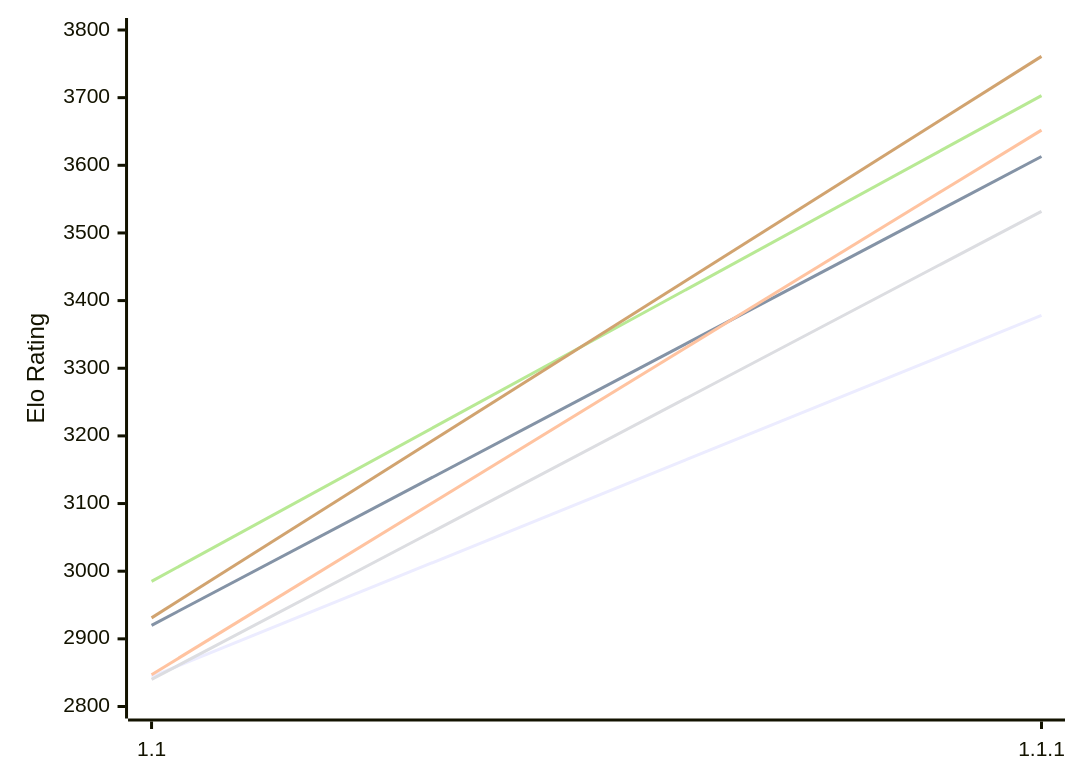
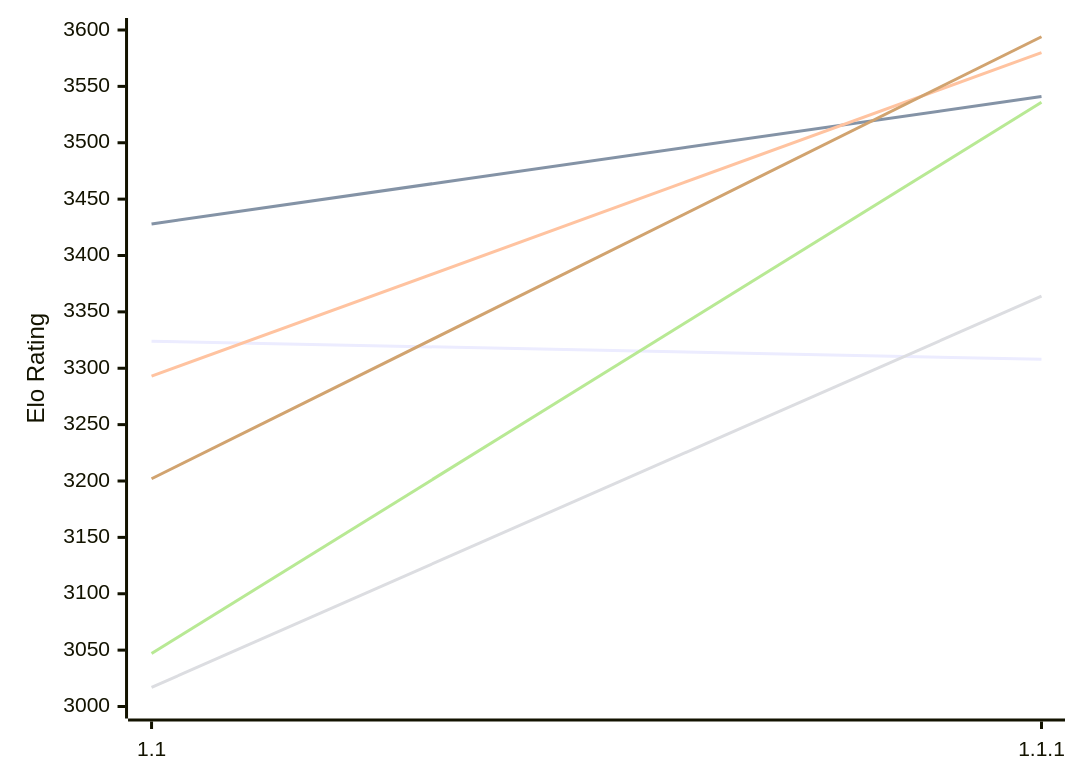
The first of 2 diagrams in engines/Icarus.md (computer-chess-index/cci), drawn with Mermaid before and after one commit. The commit also changed other lines of this file, not shown here.

Commit message:
Update CCI Ratings (ELO VLTC) - 2026-11-13

````diff
--- a/engines/Icarus.md
+++ b/engines/Icarus.md
@@ -51,12 +51,12 @@
 ```mermaid
 %%{init: {"theme":"base","themeVariables":{"seriesColors:['#a3a3a3','#222221','#faa371']}}}%%
 xychart-beta
   x-axis ["1.1", "1.1.1"]
-  y-axis "Elo Rating" 2800 --> 3800
-  line "E1: STC (8.0+0.08s)" [2844, 3378]
-  line "E1: LTC (60.0+0.60s)" [2920, 3613]
-  line "E1: VLTC (2m24s+1.12s)" [2847, 3652]
-  line "P1: STC (8.0+0.08s)" [2840, 3532]
-  line "P1: LTC (60.0+0.60s)" [2985, 3703]
-  line "P1: VLTC (2m24s+1.12s)" [2931, 3761]
+  y-axis "Elo Rating" 3000 --> 3600
+  line "E1: STC (8.0+0.08s)" [3324, 3308]
+  line "E1: LTC (60.0+0.60s)" [3428, 3541]
+  line "E1: VLTC (2m24s+1.12s)" [3293, 3580]
+  line "P1: STC (8.0+0.08s)" [3017, 3364]
+  line "P1: LTC (60.0+0.60s)" [3047, 3536]
+  line "P1: VLTC (2m24s+1.12s)" [3202, 3594]
 ```
````
